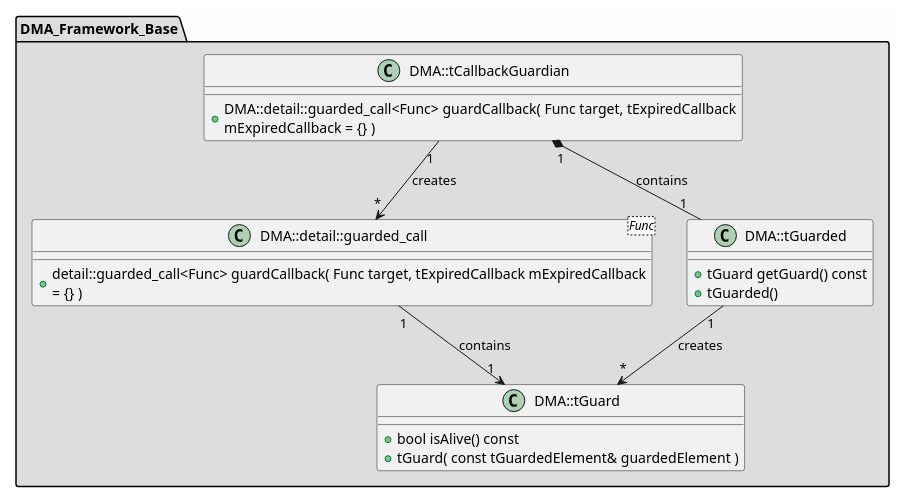
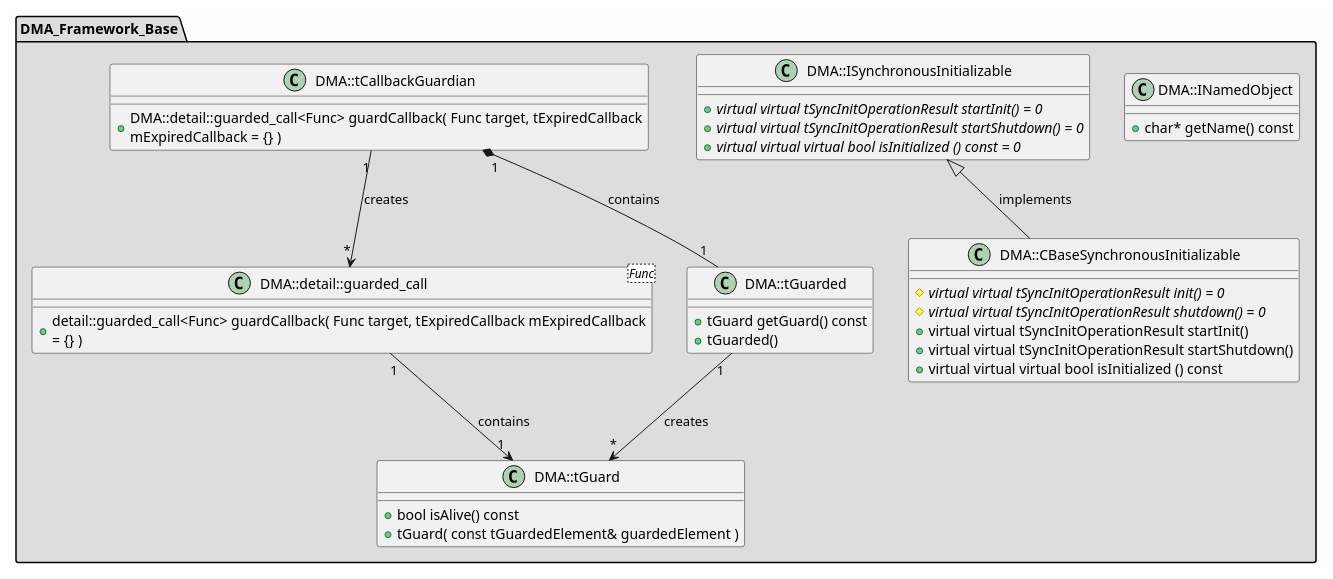
One commit to svlad-90/DMA_Framework changed the diagram in md/dev_docs/puml/DMA_Framework_Base_standalone.puml. Above: the diagram before and after it, drawn with PlantUML. The commit also changed 26 other files, not shown here.

```diff
--- a/md/dev_docs/puml/DMA_Framework_Base_standalone.puml
+++ b/md/dev_docs/puml/DMA_Framework_Base_standalone.puml
@@ -2,38 +2,62 @@
 @startuml
 
 skinparam backgroundColor #FEFEFE
 skinparam wrapWidth 600
 package "DMA_Framework_Base" #DDDDDD
 {
+
+class "DMA::CBaseSynchronousInitializable"
+{
+    # {abstract} virtual virtual tSyncInitOperationResult init() = 0
+    # {abstract} virtual virtual tSyncInitOperationResult shutdown() = 0
+    + virtual virtual tSyncInitOperationResult startInit()
+    + virtual virtual tSyncInitOperationResult startShutdown()
+    + virtual virtual virtual bool isInitialized () const
+}
+
+class "DMA::INamedObject"
+{
+    + char* getName() const
+}
+
+class "DMA::ISynchronousInitializable"
+{
+    + {abstract} virtual virtual tSyncInitOperationResult startInit() = 0
+    + {abstract} virtual virtual tSyncInitOperationResult startShutdown() = 0
+    + {abstract} virtual virtual virtual bool isInitialized () const = 0
+}
 
 class "DMA::detail::guarded_call<Func>" as DMA::detail::guarded_call_Func_
 {
     + detail::guarded_call<Func> guardCallback( Func target, tExpiredCallback mExpiredCallback = {} )
 }
 
 class "DMA::tCallbackGuardian"
 {
     + DMA::detail::guarded_call<Func> guardCallback( Func target, tExpiredCallback mExpiredCallback = {} )
 }
 
 class "DMA::tGuard"
 {
     + bool isAlive() const
     + tGuard( const tGuardedElement& guardedElement )
 }
 
 class "DMA::tGuarded"
 {
     + tGuard getGuard() const
     + tGuarded()
 }
 
 }
 
+'====================Inheritance section====================
+DMA::ISynchronousInitializable <|-- DMA::CBaseSynchronousInitializable : implements
+
 '====================Dependencies section====================
 DMA::detail::guarded_call_Func_ "1" --> "1" DMA::tGuard : contains
 DMA::tCallbackGuardian "1" --> "*" DMA::detail::guarded_call_Func_ : creates
 DMA::tCallbackGuardian "1" *-- "1" DMA::tGuarded : contains
 DMA::tGuarded "1" --> "*" DMA::tGuard : creates
 
 @enduml
```
